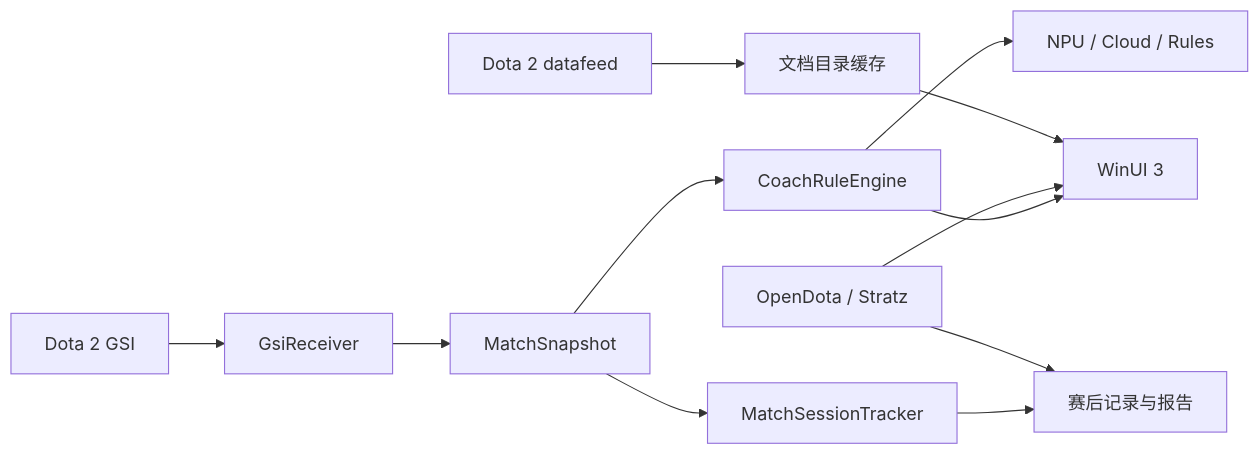
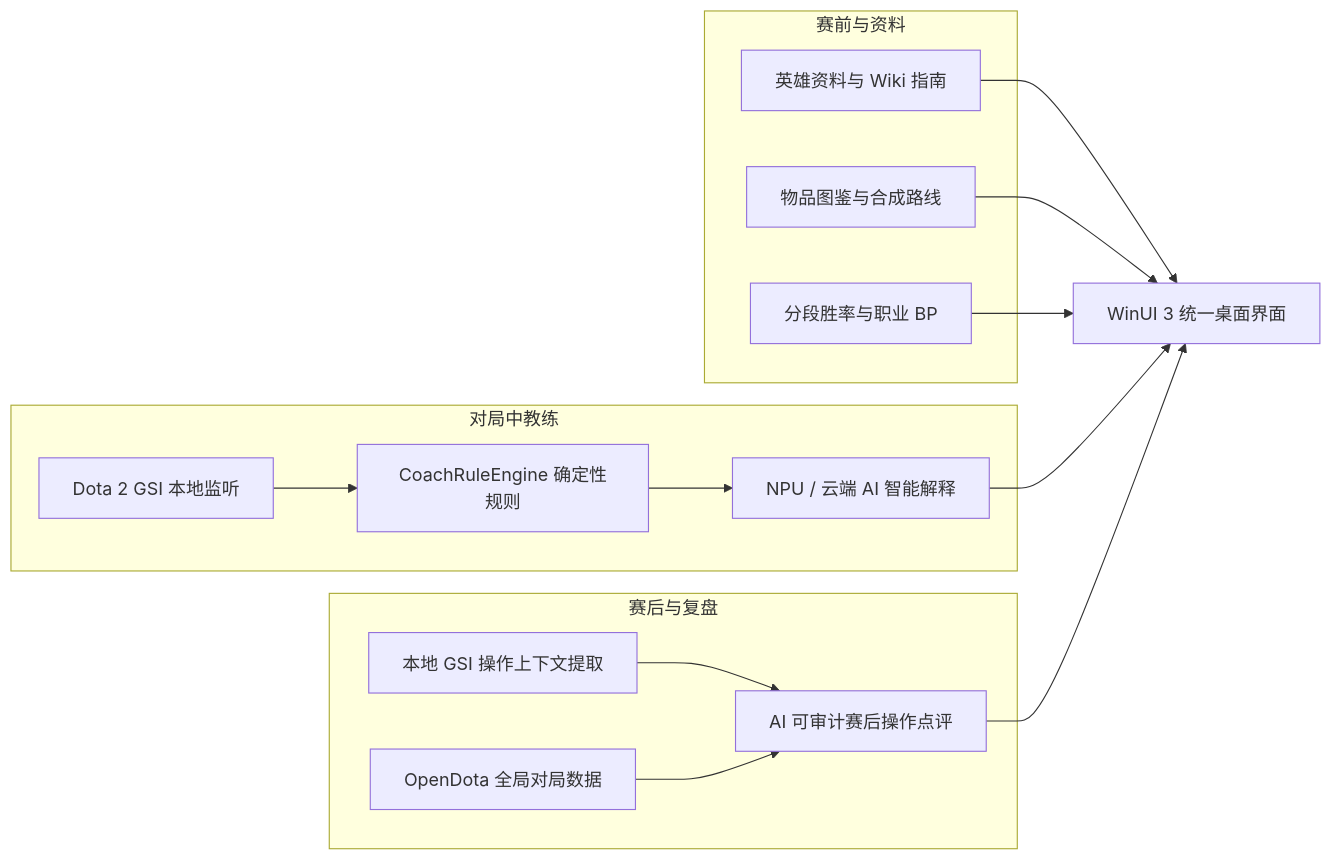
One commit to filusilia/tiny-coach changed the first of 2 diagrams in docs/PROJECT_DOCUMENTATION.md. Above: the diagram before and after it, drawn with Mermaid. The commit also changed other lines of this file and 68 other files, not shown here.

````diff
--- a/docs/PROJECT_DOCUMENTATION.md
+++ b/docs/PROJECT_DOCUMENTATION.md
@@ -47,14 +15,21 @@
 ```mermaid
 flowchart LR
-    DOTA["Dota 2 GSI"] --> RX["GsiReceiver"]
-    RX --> SNAP["MatchSnapshot"]
-    SNAP --> RULE["CoachRuleEngine"]
-    SNAP --> TRACK["MatchSessionTracker"]
-    RULE --> UI["WinUI 3"]
-    RULE --> AI["NPU / Cloud / Rules"]
-    TRACK --> REPORT["赛后记录与报告"]
-    OD["OpenDota / Stratz"] --> UI
-    OD --> REPORT
-    OFFICIAL["Dota 2 datafeed"] --> CACHE["文档目录缓存"]
-    CACHE --> UI
+    subgraph 赛前与资料
+        A1["英雄资料与 Wiki 指南"]
+        A2["物品图鉴与合成路线"]
+        A3["分段胜率与职业 BP"]
+    end
+    subgraph 对局中教练
+        B1["Dota 2 GSI 本地监听"]
+        B2["CoachRuleEngine 确定性规则"]
+        B3["NPU / 云端 AI 智能解释"]
+    end
+    subgraph 赛后与复盘
+        C1["本地 GSI 操作上下文提取"]
+        C2["OpenDota 全局对局数据"]
+        C3["AI 可审计赛后操作点评"]
+    end
+    A1 & A2 & A3 --> D["WinUI 3 统一桌面界面"]
+    B1 --> B2 --> B3 --> D
+    C1 & C2 --> C3 --> D
 ```
````
